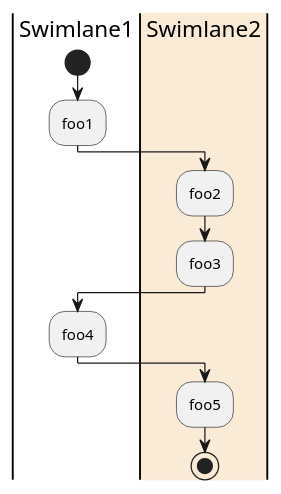
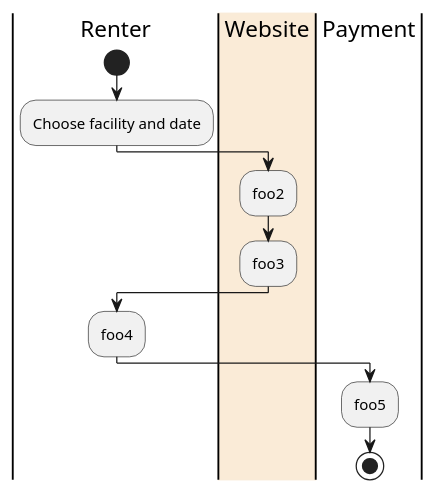
Before and after one commit to DylanHH11/CS-3560-HW_6_UML_2_Sequence_Activity: the diagram in rentalActivity.puml, drawn with PlantUML.

Commit message:
Defined swimlanes

```diff
--- a/rentalActivity.puml
+++ b/rentalActivity.puml
@@ -1,13 +1,13 @@
 @startuml
-|Swimlane1|
+|Renter|
 start
-:foo1;
-|#AntiqueWhite|Swimlane2|
+:Choose facility and date;
+|#AntiqueWhite|Website|
 :foo2;
 :foo3;
-|Swimlane1|
+|Renter|
 :foo4;
-|Swimlane2|
+|Payment|
 :foo5;
 stop
 @enduml
```
